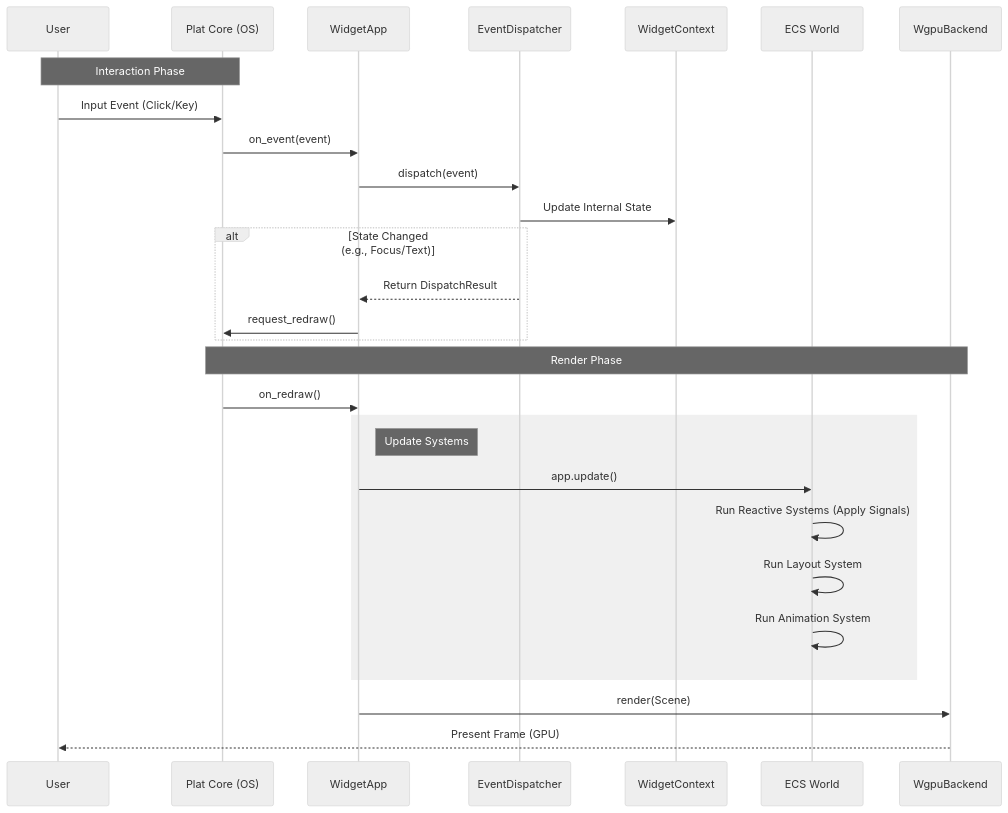
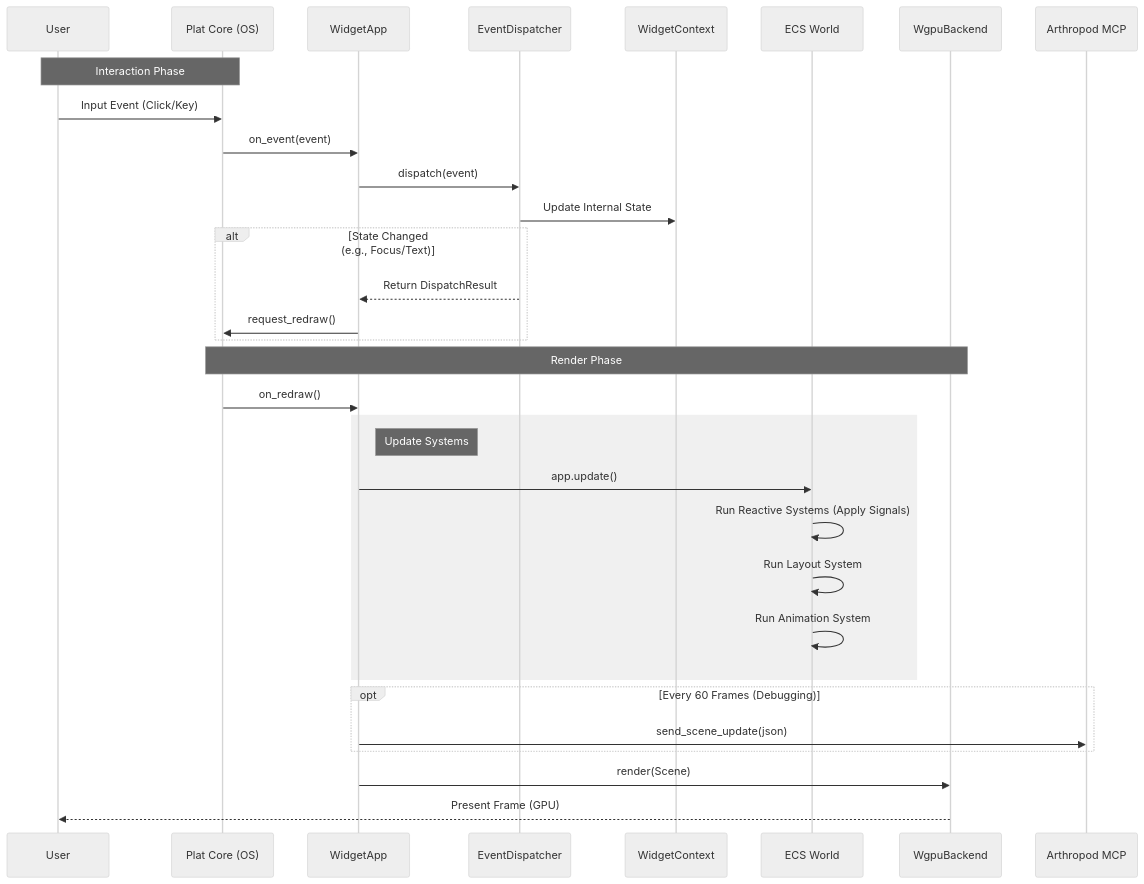
Before and after one commit to madmax983/arthropod: the third of 3 diagrams in docs/architecture.md, drawn with Mermaid (neutral theme). The commit also changed other lines of this file and 1 other file, not shown here.

First line of the commit message:
feat(docs): add ADR 0023 and update architecture diagrams (#327)

````diff
--- a/docs/architecture.md
+++ b/docs/architecture.md
@@ -67,35 +74,40 @@
 ```mermaid
 sequenceDiagram
     participant User
     participant Plat as Plat Core (OS)
     participant App as WidgetApp
     participant Dispatch as EventDispatcher
     participant Context as WidgetContext
     participant ECS as ECS World
     participant Render as WgpuBackend
+    participant MCP as Arthropod MCP
 
     Note over User, Plat: Interaction Phase
     User->>Plat: Input Event (Click/Key)
     Plat->>App: on_event(event)
     App->>Dispatch: dispatch(event)
     Dispatch->>Context: Update Internal State
 
     alt State Changed (e.g., Focus/Text)
         Dispatch-->>App: Return DispatchResult
         App->>Plat: request_redraw()
     end
 
     Note over Plat, Render: Render Phase
     Plat->>App: on_redraw()
 
     rect rgb(240, 240, 240)
         note right of App: Update Systems
         App->>ECS: app.update()
         ECS->>ECS: Run Reactive Systems (Apply Signals)
         ECS->>ECS: Run Layout System
         ECS->>ECS: Run Animation System
     end
 
+    opt Every 60 Frames (Debugging)
+        App->>MCP: send_scene_update(json)
+    end
+
     App->>Render: render(Scene)
     Render-->>User: Present Frame (GPU)
 ```
````
